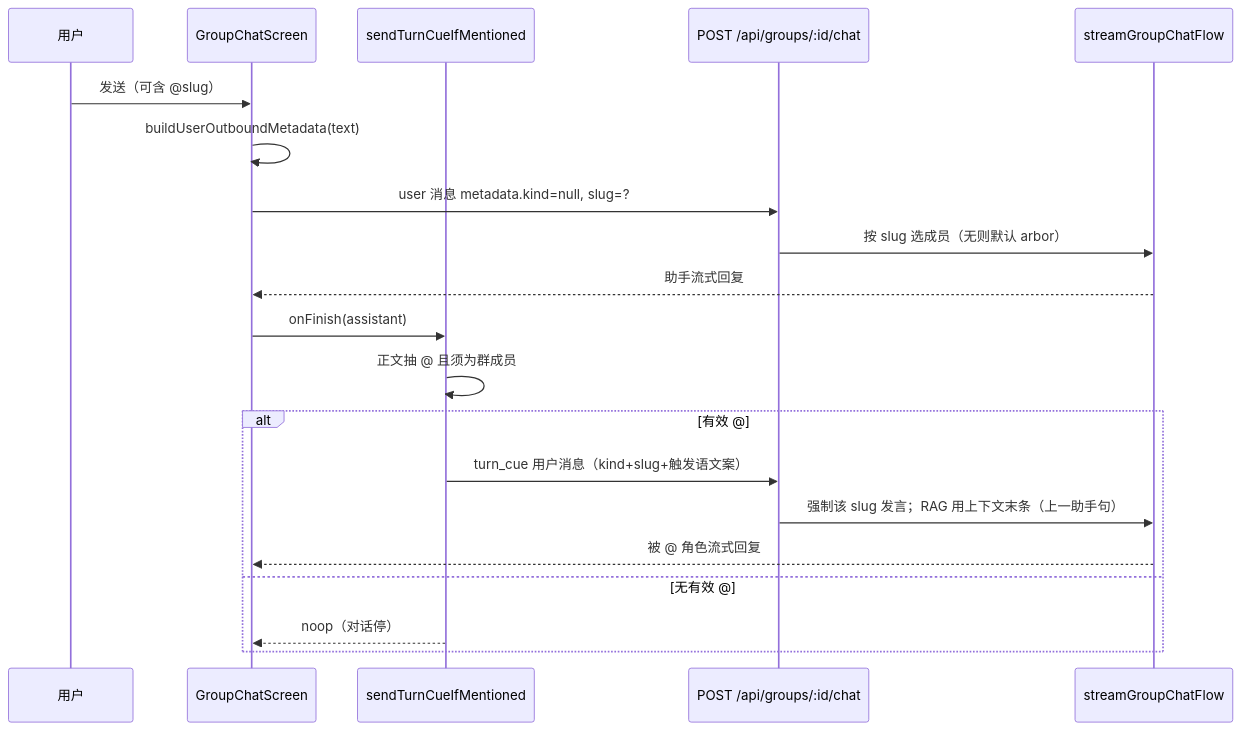
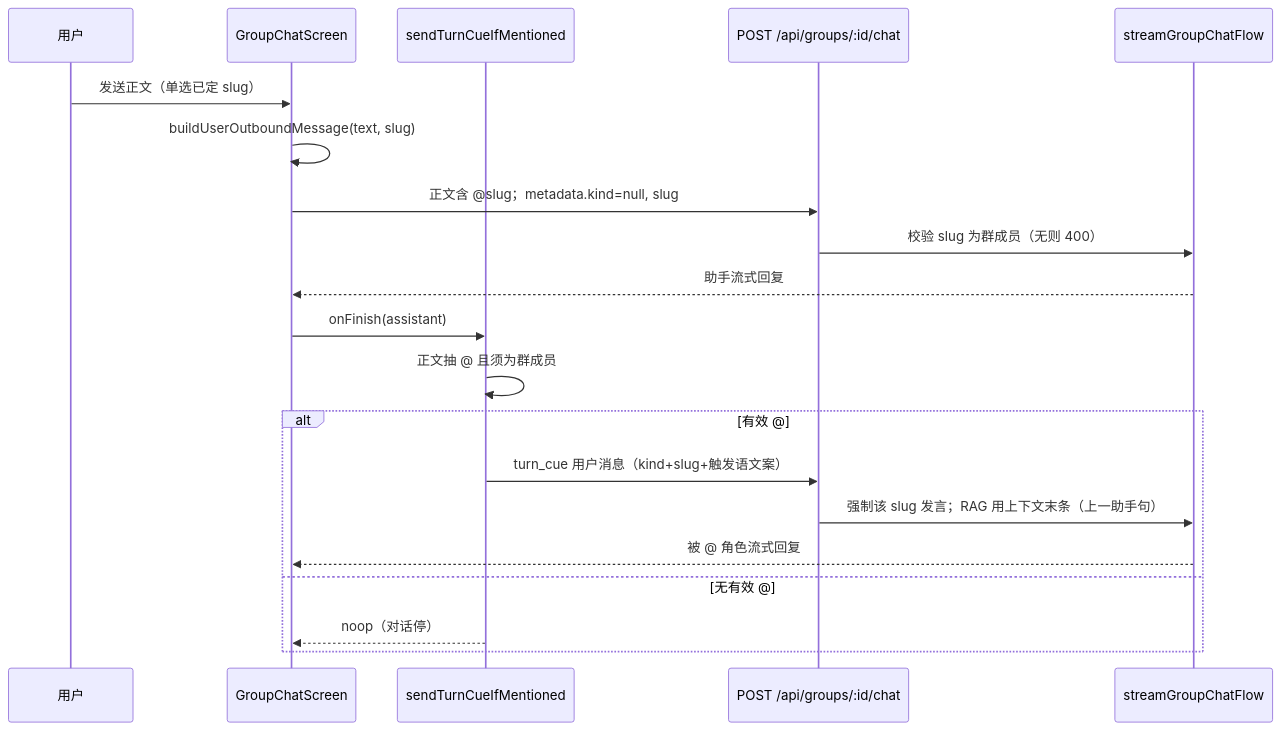
Before and after one commit to lilialab/lilia: the diagram in docs/groups/mention-turn-cue.md, drawn with Mermaid. The commit also changed other lines of this file and 6 other files, not shown here.

````diff
--- a/docs/groups/mention-turn-cue.md
+++ b/docs/groups/mention-turn-cue.md
@@ -22,24 +25,24 @@
 ```mermaid
 sequenceDiagram
   participant User as 用户
   participant UI as GroupChatScreen
   participant Cue as sendTurnCueIfMentioned
   participant API as POST /api/groups/:id/chat
   participant Svc as streamGroupChatFlow
 
-  User->>UI: 发送（可含 @slug）
-  UI->>UI: buildUserOutboundMetadata(text)
-  UI->>API: user 消息 metadata.kind=null, slug=?
-  API->>Svc: 按 slug 选成员（无则默认 arbor）
+  User->>UI: 发送正文（单选已定 slug）
+  UI->>UI: buildUserOutboundMessage(text, slug)
+  UI->>API: 正文含 @slug；metadata.kind=null, slug
+  API->>Svc: 校验 slug 为群成员（无则 400）
   Svc-->>UI: 助手流式回复
 
   UI->>Cue: onFinish(assistant)
   Cue->>Cue: 正文抽 @ 且须为群成员
   alt 有效 @
     Cue->>API: turn_cue 用户消息（kind+slug+触发语文案）
     API->>Svc: 强制该 slug 发言；RAG 用上下文末条（上一助手句）
     Svc-->>UI: 被 @ 角色流式回复
   else 无有效 @
     Cue-->>UI: noop（对话停）
   end
 ```
````
